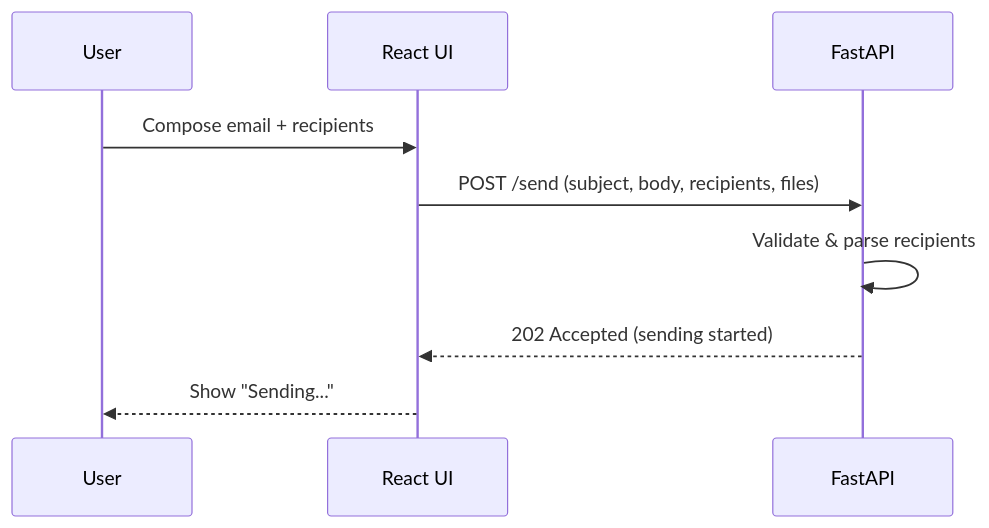
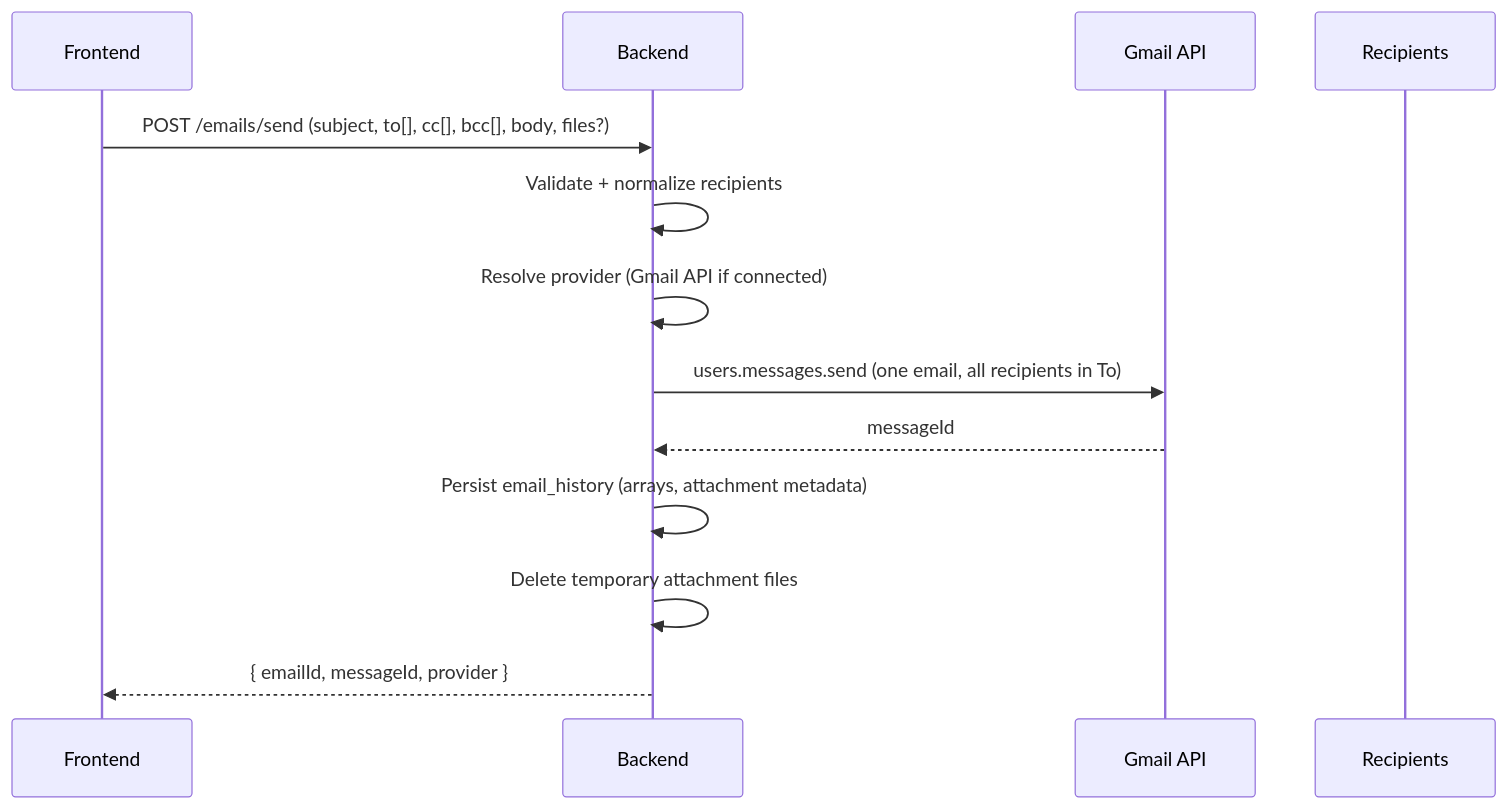
Before and after one commit to Bhupi2508/mailpilot-ai: the third of 6 diagrams in docs/02-system-design.md, drawn with Mermaid. The commit also changed other lines of this file and 64 other files, not shown here.

Commit message:
feat: integrate Google OAuth, Gmail API flow, Express backend improvements, API redesign, and documentation

````diff
--- a/docs/02-system-design.md
+++ b/docs/02-system-design.md
@@ -20,11 +57,16 @@
 ```mermaid
 sequenceDiagram
-    participant U as User
-    participant R as React UI
-    participant F as FastAPI
-    U->>R: Compose email + recipients
-    R->>F: POST /send (subject, body, recipients, files)
-    F->>F: Validate & parse recipients
-    F-->>R: 202 Accepted (sending started)
-    R-->>U: Show "Sending..."
+    participant F as Frontend
+    participant B as Backend
+    participant G as Gmail API
+    participant E as Recipients
+
+    F->>B: POST /emails/send (subject, to[], cc[], bcc[], body, files?)
+    B->>B: Validate + normalize recipients
+    B->>B: Resolve provider (Gmail API if connected)
+    B->>G: users.messages.send (one email, all recipients in To)
+    G-->>B: messageId
+    B->>B: Persist email_history (arrays, attachment metadata)
+    B->>B: Delete temporary attachment files
+    B-->>F: { emailId, messageId, provider }
 ```
````
